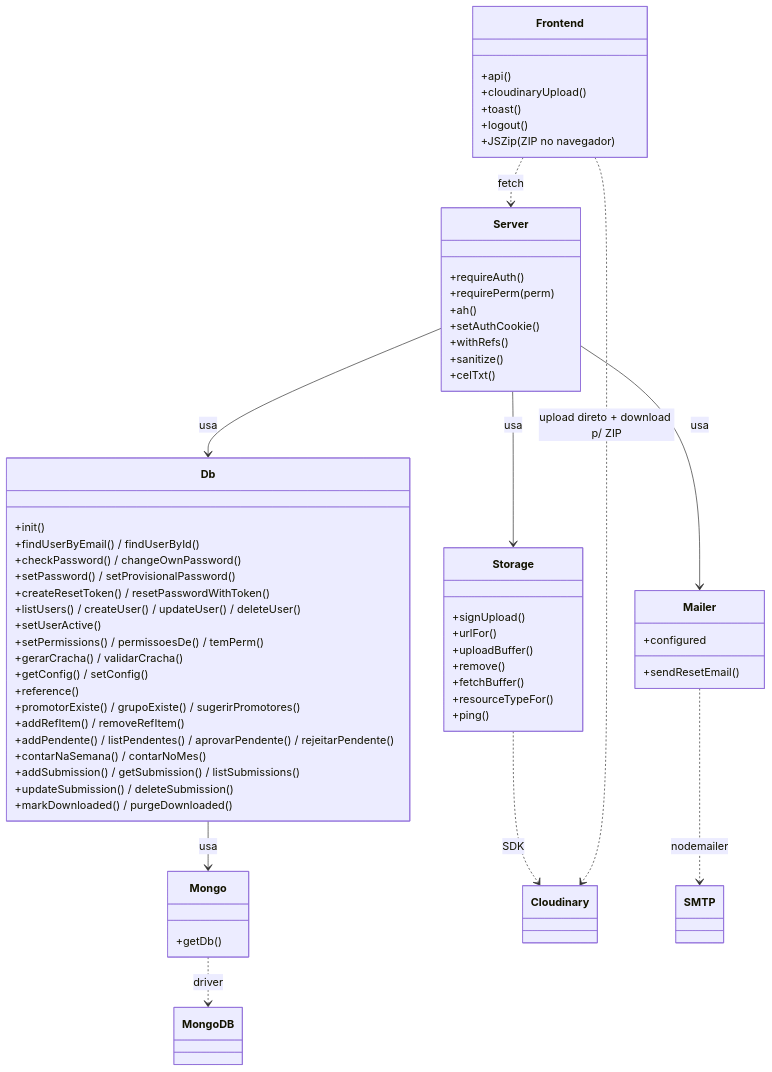
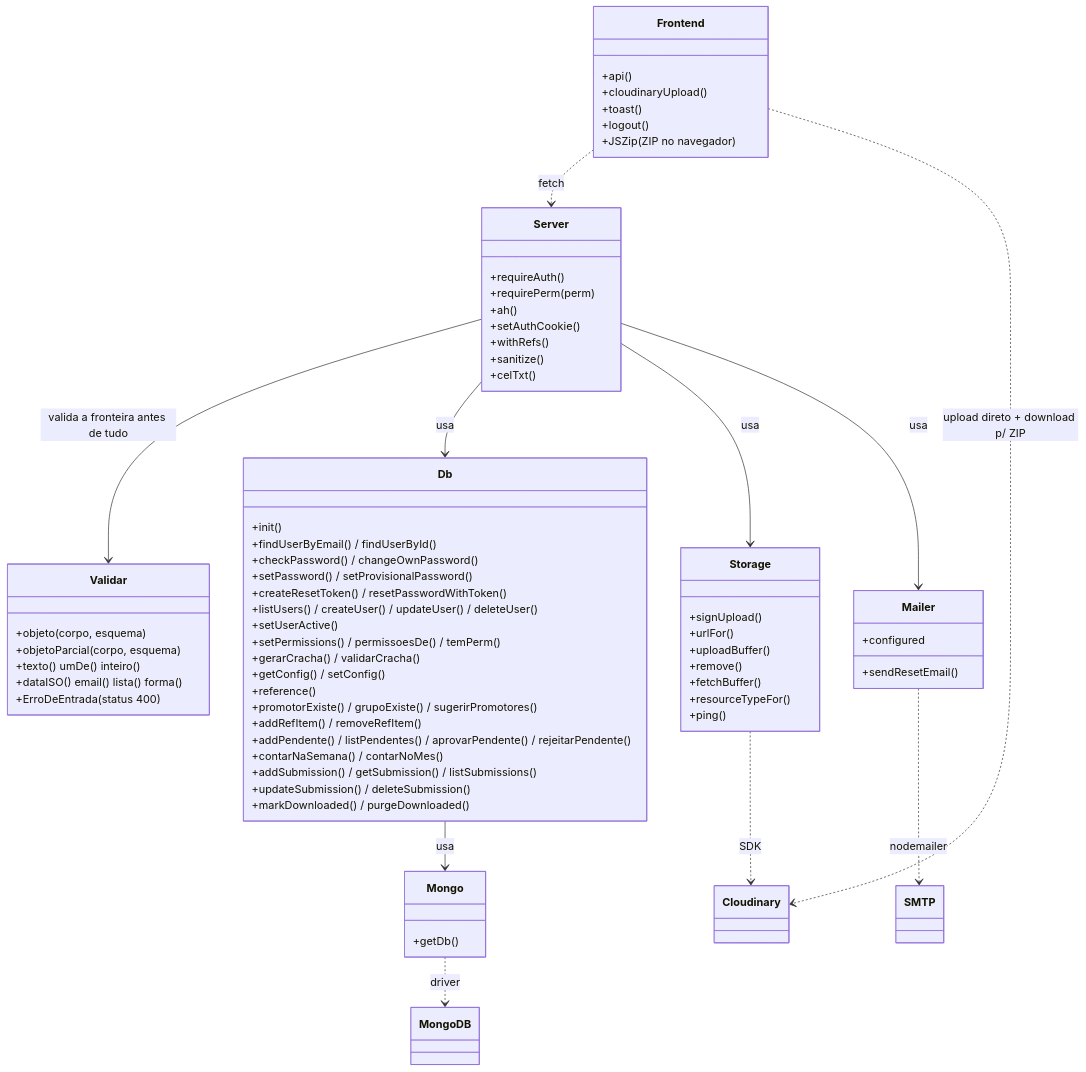
The first of 2 diagrams in docs/06-uml-componentes.md (Vaniteux2006/pdv_memphis), drawn with Mermaid before and after one commit. The commit also changed other lines of this file and 16 other files, not shown here.

````diff
--- a/docs/06-uml-componentes.md
+++ b/docs/06-uml-componentes.md
@@ -7,65 +7,73 @@
 ```mermaid
 classDiagram
   class Server {
     +requireAuth()
     +requirePerm(perm)
     +ah()
     +setAuthCookie()
     +withRefs()
     +sanitize()
     +celTxt()
   }
   class Db {
     +init()
     +findUserByEmail() / findUserById()
     +checkPassword() / changeOwnPassword()
     +setPassword() / setProvisionalPassword()
     +createResetToken() / resetPasswordWithToken()
     +listUsers() / createUser() / updateUser() / deleteUser()
     +setUserActive()
     +setPermissions() / permissoesDe() / temPerm()
     +gerarCracha() / validarCracha()
     +getConfig() / setConfig()
     +reference()
     +promotorExiste() / grupoExiste() / sugerirPromotores()
     +addRefItem() / removeRefItem()
     +addPendente() / listPendentes() / aprovarPendente() / rejeitarPendente()
     +contarNaSemana() / contarNoMes()
     +addSubmission() / getSubmission() / listSubmissions()
     +updateSubmission() / deleteSubmission()
     +markDownloaded() / purgeDownloaded()
   }
   class Mongo {
     +getDb()
   }
   class Storage {
     +signUpload()
     +urlFor()
     +uploadBuffer()
     +remove()
     +fetchBuffer()
     +resourceTypeFor()
     +ping()
   }
   class Mailer {
     +sendResetEmail()
     +configured
   }
+  class Validar {
+    +objeto(corpo, esquema)
+    +objetoParcial(corpo, esquema)
+    +texto() umDe() inteiro()
+    +dataISO() email() lista() forma()
+    +ErroDeEntrada (status 400)
+  }
   class Frontend {
     +api()
     +cloudinaryUpload()
     +toast()
     +logout()
     +JSZip (ZIP no navegador)
   }
 
+  Server --> Validar : valida a fronteira antes de tudo
   Server --> Db : usa
   Server --> Storage : usa
   Server --> Mailer : usa
   Db --> Mongo : usa
   Mongo ..> MongoDB : driver
   Storage ..> Cloudinary : SDK
   Mailer ..> SMTP : nodemailer
   Frontend ..> Server : fetch
   Frontend ..> Cloudinary : upload direto + download p/ ZIP
 ```
````
